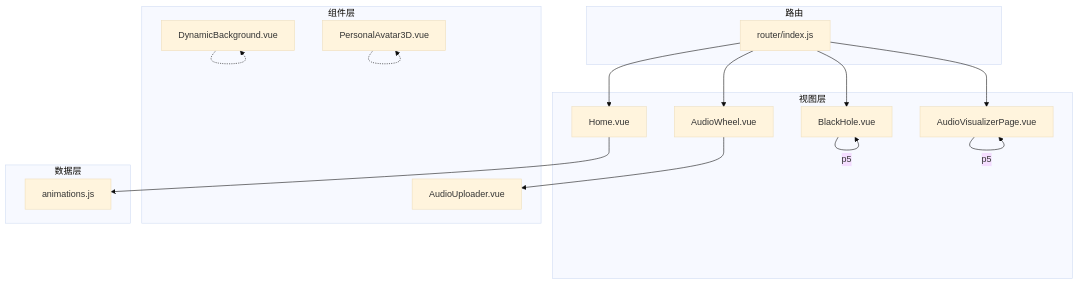
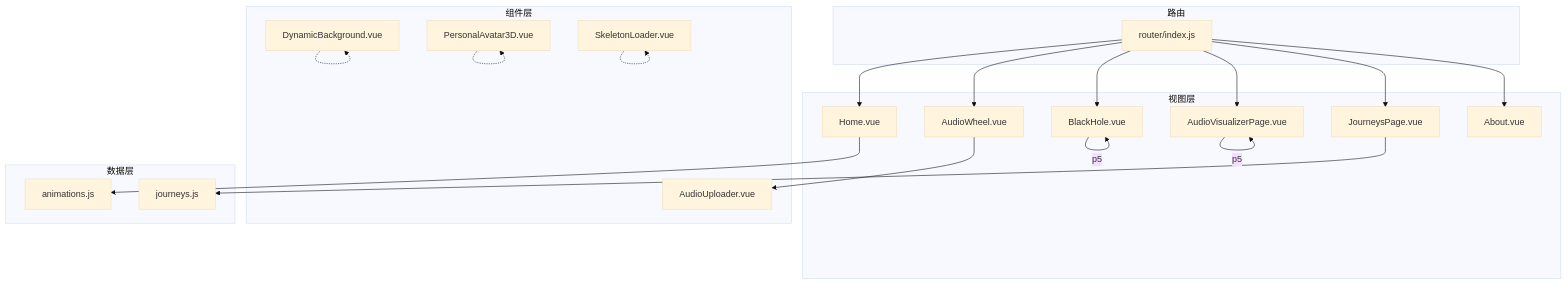
Before and after one commit to yuyezhizhi/yuyezhizhi.github.io: the first of 7 diagrams in .qoder/repowiki/zh/content/核心组件/核心组件.md, drawn with Mermaid (base theme). The commit also changed other lines of this file and 9 other files, not shown here.

````diff
--- a/.qoder/repowiki/zh/content/核心组件/核心组件.md
+++ b/.qoder/repowiki/zh/content/核心组件/核心组件.md
@@ -44,30 +46,38 @@
 ```mermaid
 graph TB
 subgraph "视图层"
 Home["Home.vue"]
 AudioWheel["AudioWheel.vue"]
 BlackHole["BlackHole.vue"]
 AudioVisualizer["AudioVisualizerPage.vue"]
+Journeys["JourneysPage.vue"]
+About["About.vue"]
 end
 subgraph "组件层"
 DynBg["DynamicBackground.vue"]
 Avatar3D["PersonalAvatar3D.vue"]
 AudioUp["AudioUploader.vue"]
+SkelLoader["SkeletonLoader.vue"]
 end
 subgraph "数据层"
 AnimData["animations.js"]
+JourneysData["journeys.js"]
 end
 subgraph "路由"
 Router["router/index.js"]
 end
 Home --> AnimData
 AudioWheel --> AudioUp
 BlackHole --> |p5| BlackHole
 AudioVisualizer --> |p5| AudioVisualizer
+Journeys --> JourneysData
 DynBg -.-> DynBg
 Avatar3D -.-> Avatar3D
+SkelLoader -.-> SkelLoader
 Router --> Home
 Router --> AudioWheel
 Router --> BlackHole
 Router --> AudioVisualizer
+Router --> Journeys
+Router --> About
 ```
````
